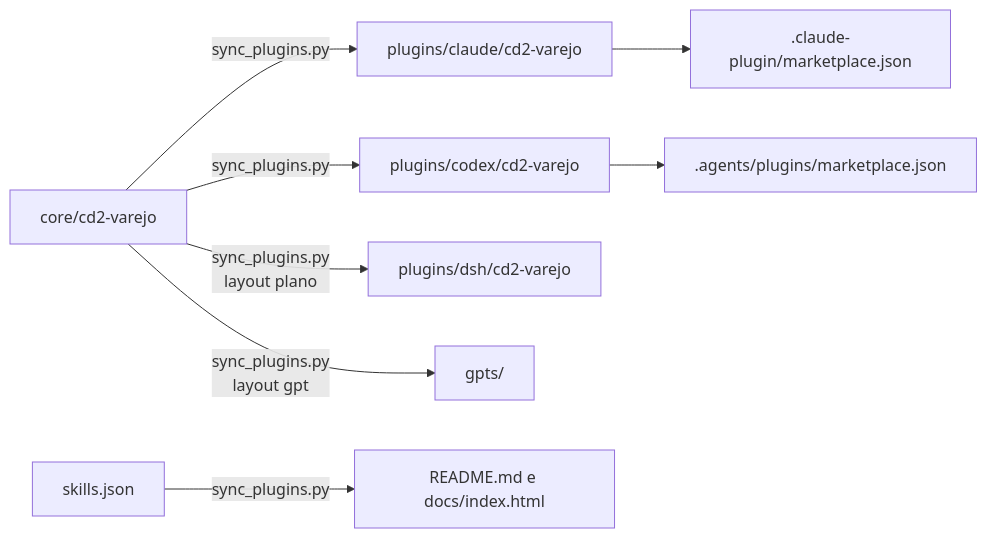
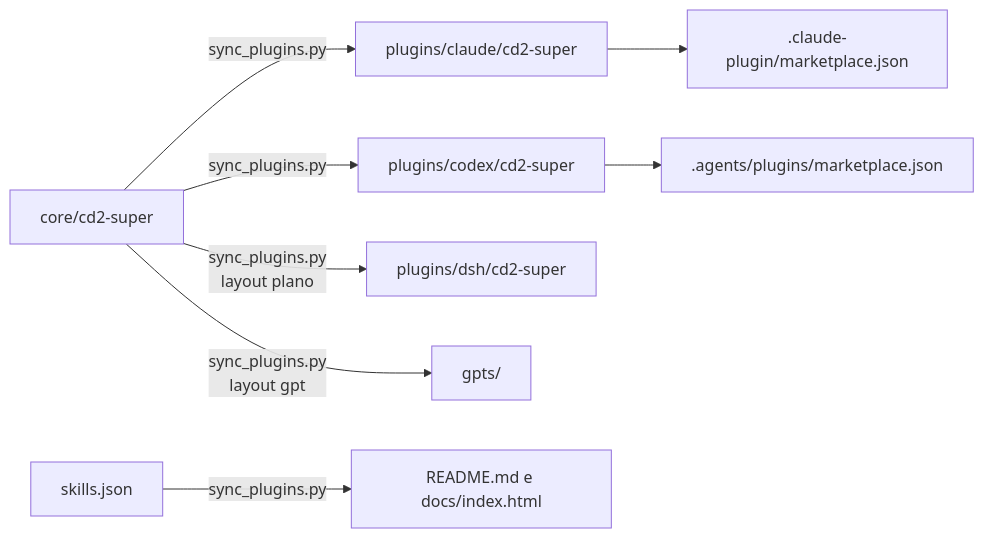
One commit to cd2tec/cd2-skills changed the second of 2 diagrams in README.md. Above: the diagram before and after it, drawn with Mermaid. The commit also changed other lines of this file and 987 other files, not shown here.

````diff
--- a/README.md
+++ b/README.md
@@ -316,10 +316,10 @@
 ```mermaid
 flowchart LR
-    C[core/cd2-varejo] -->|sync_plugins.py| CL[plugins/claude/cd2-varejo]
-    C -->|sync_plugins.py| CX[plugins/codex/cd2-varejo]
-    C -->|sync_plugins.py<br/>layout plano| DS[plugins/dsh/cd2-varejo]
+    C[core/cd2-super] -->|sync_plugins.py| CL[plugins/claude/cd2-super]
+    C -->|sync_plugins.py| CX[plugins/codex/cd2-super]
+    C -->|sync_plugins.py<br/>layout plano| DS[plugins/dsh/cd2-super]
     C -->|sync_plugins.py<br/>layout gpt| GP[gpts/]
     S[skills.json] -->|sync_plugins.py| R[README.md e docs/index.html]
     CL --> MC[.claude-plugin/marketplace.json]
     CX --> MX[.agents/plugins/marketplace.json]
 ```
````
